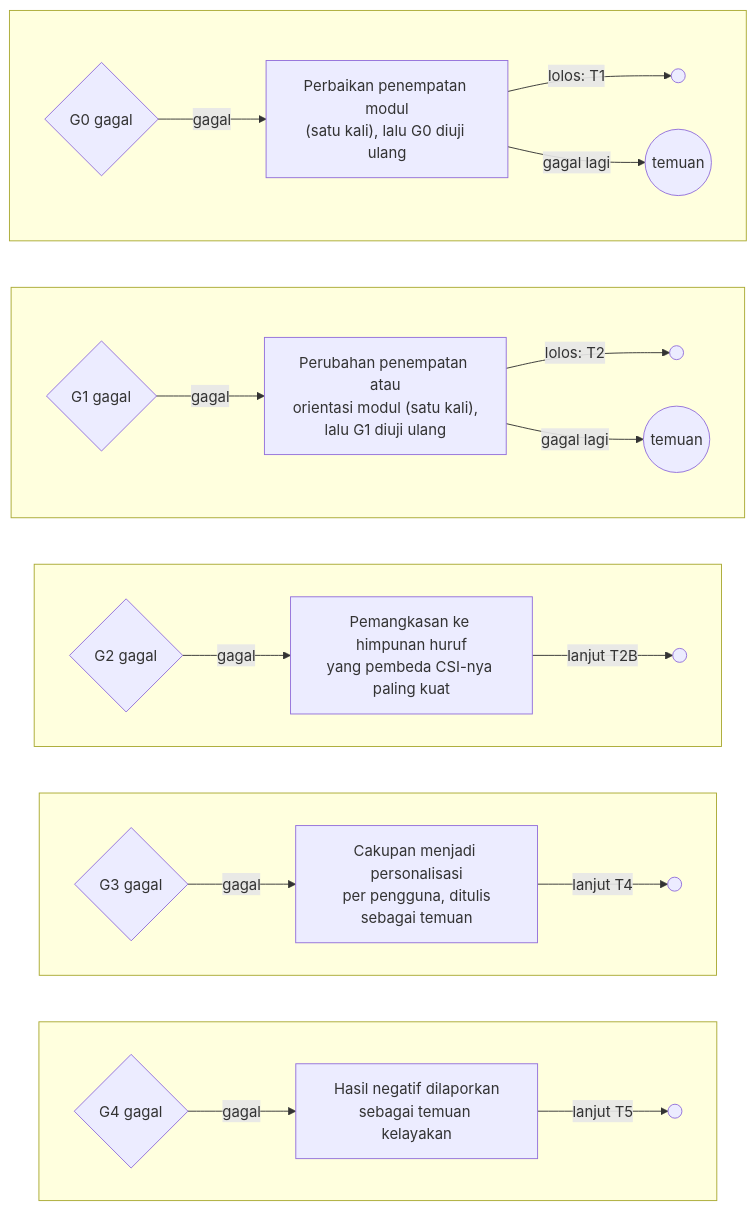
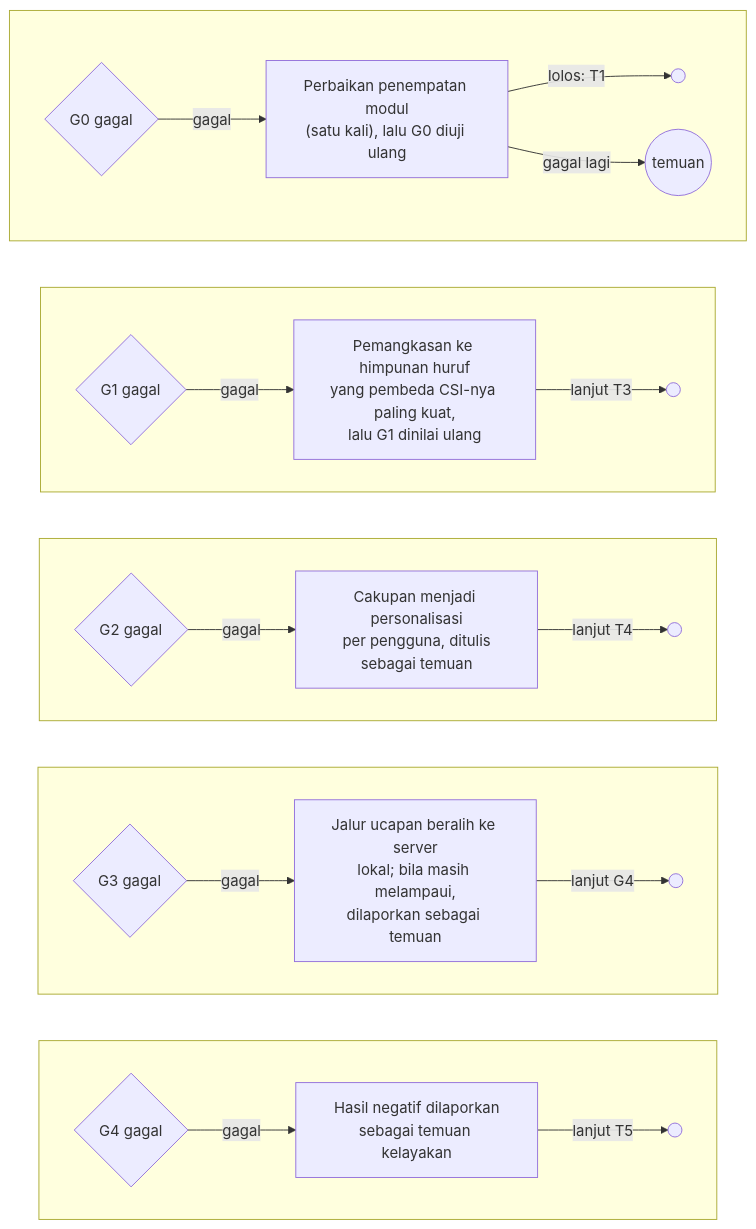
Before and after one commit to ILoveTahuTek/skripsi: the second of 8 diagrams in download/translator-sibi-final/draft-final.md, drawn with Mermaid. The commit also changed other lines of this file and 56 other files, not shown here.

````diff
--- a/download/translator-sibi-final/draft-final.md
+++ b/download/translator-sibi-final/draft-final.md
@@ -287,51 +298,49 @@
 ```mermaid
 flowchart TB
     subgraph R0[" "]
         direction LR
         G0{"G0 gagal"}
         P0["Perbaikan penempatan modul<br/>(satu kali), lalu G0 diuji ulang"]
         O0((" "))
         B0(("temuan"))
         G0 -- "gagal" --> P0
         P0 -- "lolos: T1" --> O0
         P0 -- "gagal lagi" --> B0
     end
     subgraph R1[" "]
         direction LR
         G1{"G1 gagal"}
-        P1["Perubahan penempatan atau<br/>orientasi modul (satu kali),<br/>lalu G1 diuji ulang"]
+        P1["Pemangkasan ke himpunan huruf<br/>yang pembeda CSI-nya paling kuat,<br/>lalu G1 dinilai ulang"]
         O1((" "))
-        B1(("temuan"))
         G1 -- "gagal" --> P1
-        P1 -- "lolos: T2" --> O1
-        P1 -- "gagal lagi" --> B1
+        P1 -- "lanjut T3" --> O1
     end
     subgraph R2[" "]
         direction LR
         G2{"G2 gagal"}
-        P2["Pemangkasan ke himpunan huruf<br/>yang pembeda CSI-nya paling kuat"]
+        P2["Cakupan menjadi personalisasi<br/>per pengguna, ditulis<br/>sebagai temuan"]
         O2((" "))
         G2 -- "gagal" --> P2
-        P2 -- "lanjut T2B" --> O2
+        P2 -- "lanjut T4" --> O2
     end
     subgraph R3[" "]
         direction LR
         G3{"G3 gagal"}
-        P3["Cakupan menjadi personalisasi<br/>per pengguna, ditulis<br/>sebagai temuan"]
+        P3["Jalur ucapan beralih ke server<br/>lokal; bila masih melampaui,<br/>dilaporkan sebagai temuan"]
         O3((" "))
         G3 -- "gagal" --> P3
-        P3 -- "lanjut T4" --> O3
+        P3 -- "lanjut G4" --> O3
     end
     subgraph R4[" "]
         direction LR
         G4{"G4 gagal"}
         P4["Hasil negatif dilaporkan<br/>sebagai temuan kelayakan"]
         O4((" "))
         G4 -- "gagal" --> P4
         P4 -- "lanjut T5" --> O4
     end
     R0 ~~~ R1
     R1 ~~~ R2
     R2 ~~~ R3
     R3 ~~~ R4
 ```
````
